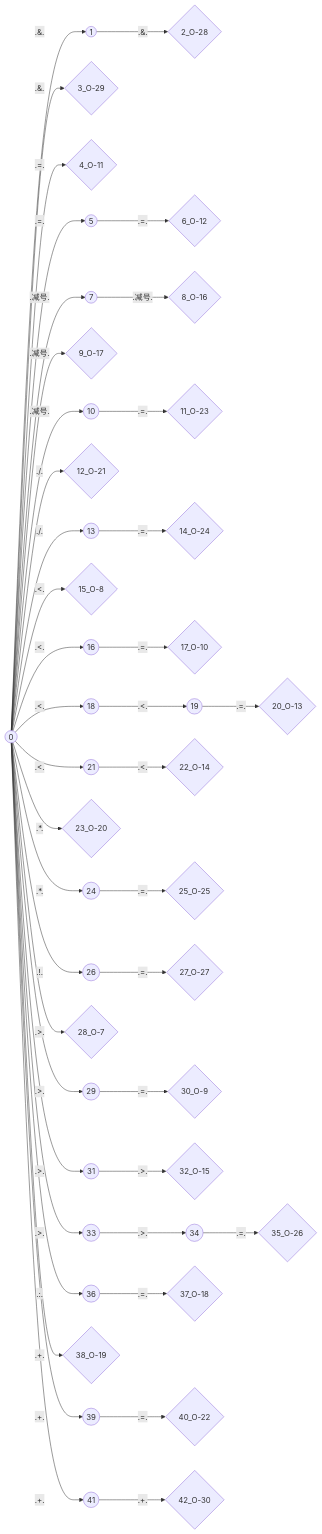
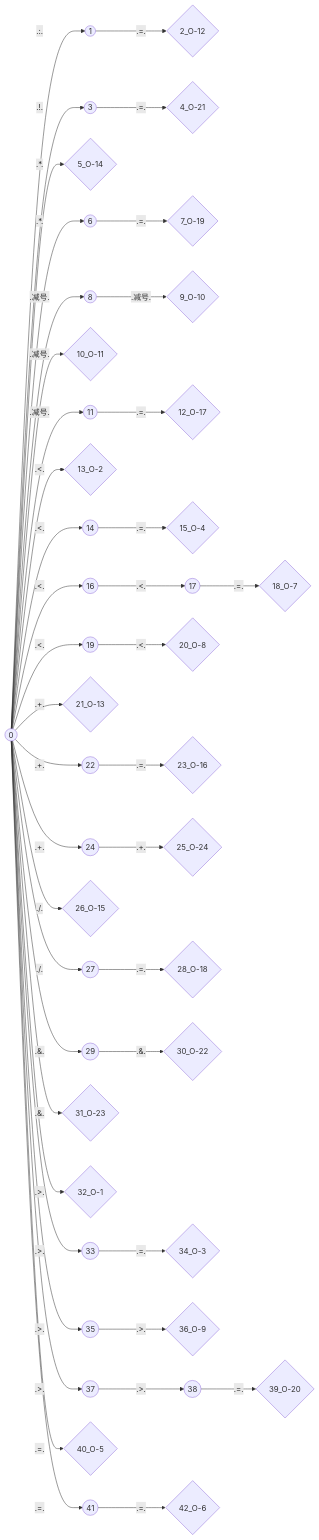
One commit to Lxy417165709/translater changed the second of 3 diagrams in doc/gen/LexicalDisplayDocument.md. Above: the diagram before and after it, drawn with Mermaid. The commit also changed other lines of this file and 31 other files, not shown here.

Commit message:
实现词法的图表展示，并在此基础上，为词法分析器加入识别简单字符串的功能

````diff
--- a/doc/gen/LexicalDisplayDocument.md
+++ b/doc/gen/LexicalDisplayDocument.md
@@ -48,45 +31,45 @@
 ```mermaid
 graph LR
-id:1((1)) -- .&. --> id:2{2_O-28}
-id:0((0)) -- .&. --> id:1((1))
-id:0((0)) -- .&. --> id:3{3_O-29}
-id:0((0)) -- .=. --> id:4{4_O-11}
-id:5((5)) -- .=. --> id:6{6_O-12}
-id:0((0)) -- .=. --> id:5((5))
-id:7((7)) -- .减号. --> id:8{8_O-16}
-id:0((0)) -- .减号. --> id:7((7))
-id:0((0)) -- .减号. --> id:9{9_O-17}
-id:10((10)) -- .=. --> id:11{11_O-23}
-id:0((0)) -- .减号. --> id:10((10))
-id:0((0)) -- ./. --> id:12{12_O-21}
-id:13((13)) -- .=. --> id:14{14_O-24}
-id:0((0)) -- ./. --> id:13((13))
-id:0((0)) -- .<. --> id:15{15_O-8}
-id:16((16)) -- .=. --> id:17{17_O-10}
+id:1((1)) -- .=. --> id:2{2_O-12}
+id:0((0)) -- .:. --> id:1((1))
+id:3((3)) -- .=. --> id:4{4_O-21}
+id:0((0)) -- .!. --> id:3((3))
+id:0((0)) -- .*. --> id:5{5_O-14}
+id:6((6)) -- .=. --> id:7{7_O-19}
+id:0((0)) -- .*. --> id:6((6))
+id:8((8)) -- .减号. --> id:9{9_O-10}
+id:0((0)) -- .减号. --> id:8((8))
+id:0((0)) -- .减号. --> id:10{10_O-11}
+id:11((11)) -- .=. --> id:12{12_O-17}
+id:0((0)) -- .减号. --> id:11((11))
+id:0((0)) -- .<. --> id:13{13_O-2}
+id:14((14)) -- .=. --> id:15{15_O-4}
+id:0((0)) -- .<. --> id:14((14))
+id:17((17)) -- .=. --> id:18{18_O-7}
+id:16((16)) -- .<. --> id:17((17))
 id:0((0)) -- .<. --> id:16((16))
-id:19((19)) -- .=. --> id:20{20_O-13}
-id:18((18)) -- .<. --> id:19((19))
-id:0((0)) -- .<. --> id:18((18))
-id:21((21)) -- .<. --> id:22{22_O-14}
-id:0((0)) -- .<. --> id:21((21))
-id:0((0)) -- .*. --> id:23{23_O-20}
-id:24((24)) -- .=. --> id:25{25_O-25}
-id:0((0)) -- .*. --> id:24((24))
-id:26((26)) -- .=. --> id:27{27_O-27}
-id:0((0)) -- .!. --> id:26((26))
-id:0((0)) -- .>. --> id:28{28_O-7}
-id:29((29)) -- .=. --> id:30{30_O-9}
-id:0((0)) -- .>. --> id:29((29))
-id:31((31)) -- .>. --> id:32{32_O-15}
-id:0((0)) -- .>. --> id:31((31))
-id:34((34)) -- .=. --> id:35{35_O-26}
-id:33((33)) -- .>. --> id:34((34))
+id:19((19)) -- .<. --> id:20{20_O-8}
+id:0((0)) -- .<. --> id:19((19))
+id:0((0)) -- .+. --> id:21{21_O-13}
+id:22((22)) -- .=. --> id:23{23_O-16}
+id:0((0)) -- .+. --> id:22((22))
+id:24((24)) -- .+. --> id:25{25_O-24}
+id:0((0)) -- .+. --> id:24((24))
+id:0((0)) -- ./. --> id:26{26_O-15}
+id:27((27)) -- .=. --> id:28{28_O-18}
+id:0((0)) -- ./. --> id:27((27))
+id:29((29)) -- .&. --> id:30{30_O-22}
+id:0((0)) -- .&. --> id:29((29))
+id:0((0)) -- .&. --> id:31{31_O-23}
+id:0((0)) -- .>. --> id:32{32_O-1}
+id:33((33)) -- .=. --> id:34{34_O-3}
 id:0((0)) -- .>. --> id:33((33))
-id:36((36)) -- .=. --> id:37{37_O-18}
-id:0((0)) -- .:. --> id:36((36))
-id:0((0)) -- .+. --> id:38{38_O-19}
-id:39((39)) -- .=. --> id:40{40_O-22}
-id:0((0)) -- .+. --> id:39((39))
-id:41((41)) -- .+. --> id:42{42_O-30}
-id:0((0)) -- .+. --> id:41((41))
+id:35((35)) -- .>. --> id:36{36_O-9}
+id:0((0)) -- .>. --> id:35((35))
+id:38((38)) -- .=. --> id:39{39_O-20}
+id:37((37)) -- .>. --> id:38((38))
+id:0((0)) -- .>. --> id:37((37))
+id:0((0)) -- .=. --> id:40{40_O-5}
+id:41((41)) -- .=. --> id:42{42_O-6}
+id:0((0)) -- .=. --> id:41((41))
 ```
````
